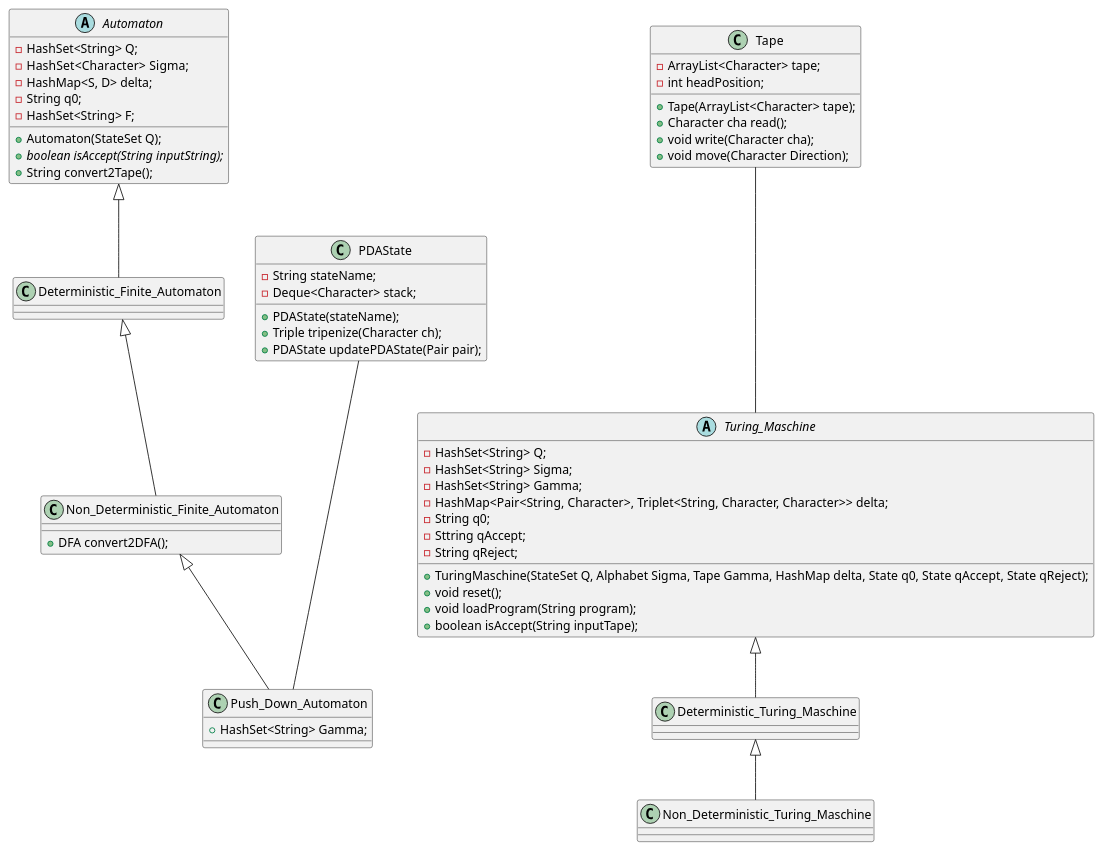
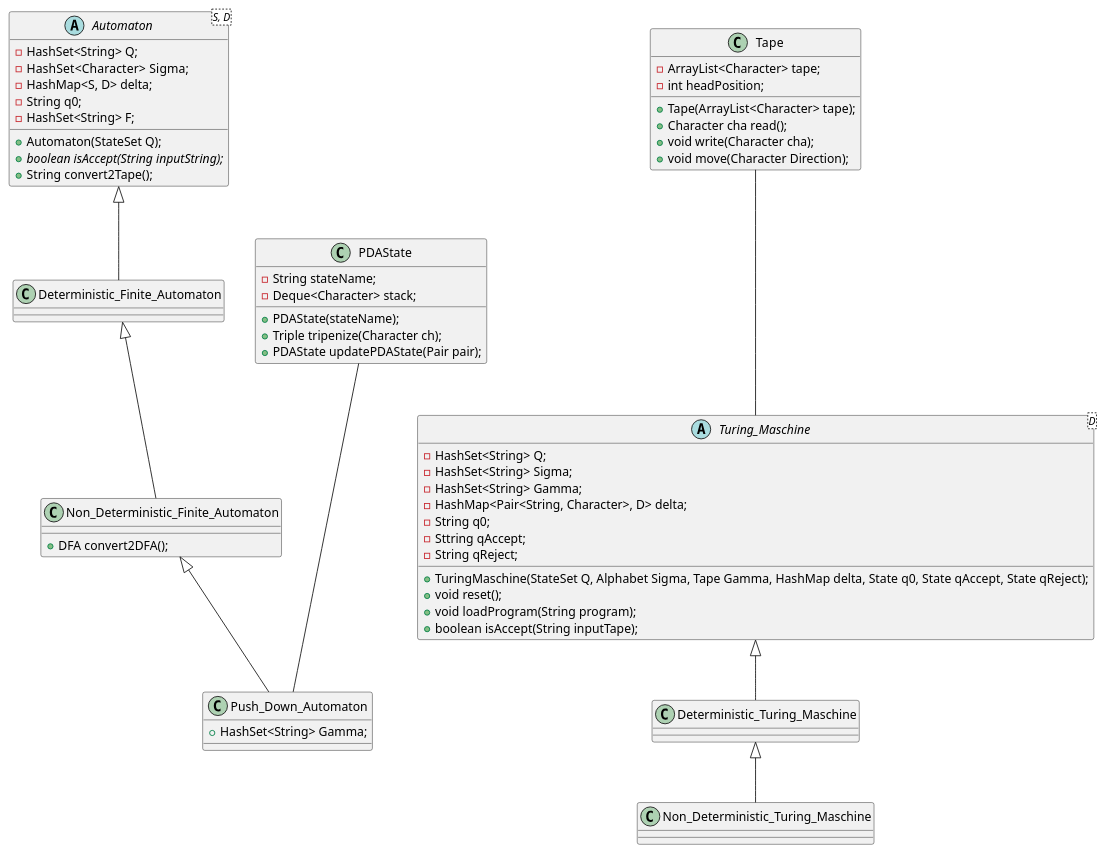
The diagram in Automaton.puml (okn-yu/ComputationalComplexityTheory), drawn with PlantUML before and after one commit.

```diff
--- a/Automaton.puml
+++ b/Automaton.puml
@@ -1,76 +1,76 @@
 @startuml
 
-abstract Automaton {
+abstract Automaton <S, D> {
 - HashSet<String> Q;
 - HashSet<Character>  Sigma;
 - HashMap<S, D> delta;
 - String q0;
 - HashSet<String> F;
 + Automaton(StateSet Q);
 + {abstract} boolean isAccept(String inputString);
 + String convert2Tape();
 }
 
 Automaton <|-- Deterministic_Finite_Automaton
 class Deterministic_Finite_Automaton {
 }
 
 Deterministic_Finite_Automaton <|-- Non_Deterministic_Finite_Automaton
 class  Non_Deterministic_Finite_Automaton {
 + DFA convert2DFA();
 }
 
 Non_Deterministic_Finite_Automaton <|-- Push_Down_Automaton
 class Push_Down_Automaton {
 + HashSet<String> Gamma;
 }
 
 PDAState --- Push_Down_Automaton
 
 class PDAState {
 - String stateName;
 - Deque<Character> stack;
 
 + PDAState(stateName);
 + Triple tripenize(Character ch);
 + PDAState updatePDAState(Pair pair);
 }
 
-abstract class Turing_Maschine{
+abstract class Turing_Maschine <D>{
 - HashSet<String> Q;
 - HashSet<String> Sigma;
 - HashSet<String> Gamma;
-- HashMap<Pair<String, Character>, Triplet<String, Character, Character>> delta;
+- HashMap<Pair<String, Character>, D> delta;
 - String q0;
 - Sttring qAccept;
 - String qReject;
 
 + TuringMaschine(StateSet Q, Alphabet Sigma, Tape Gamma, HashMap delta, State q0, State qAccept, State qReject);
 + void reset();
 + void loadProgram(String program);
 + boolean isAccept(String inputTape);
 }
 
 Turing_Maschine <|-- Deterministic_Turing_Maschine
 
 class Deterministic_Turing_Maschine{
 }
 
 Deterministic_Turing_Maschine <|-- Non_Deterministic_Turing_Maschine
 
 class Non_Deterministic_Turing_Maschine{
 }
 
 Tape --- Turing_Maschine
 
 class Tape{
 - ArrayList<Character> tape;
 - int headPosition;
 
 + Tape(ArrayList<Character> tape);
 + Character cha read();
 + void write(Character cha);
 + void move(Character Direction);
 }
 
 @enduml
```
